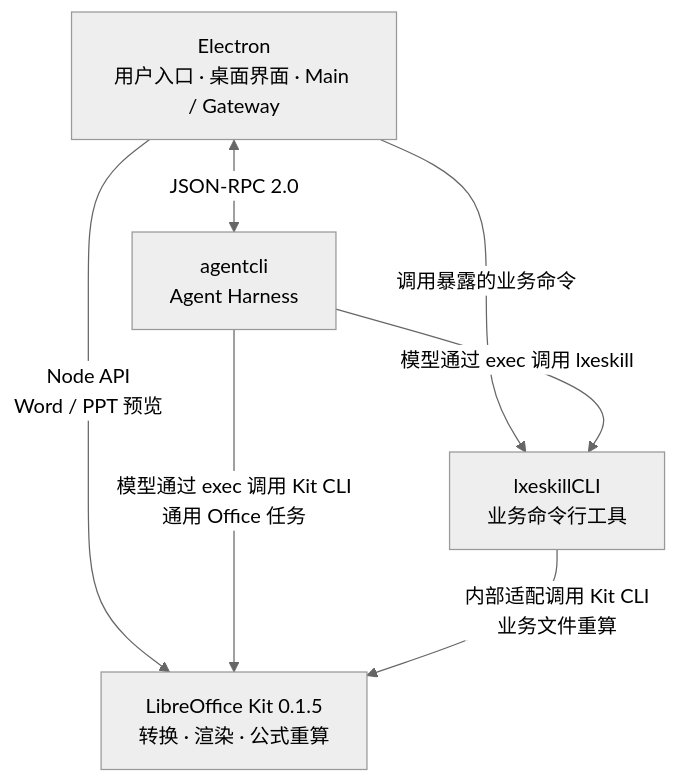
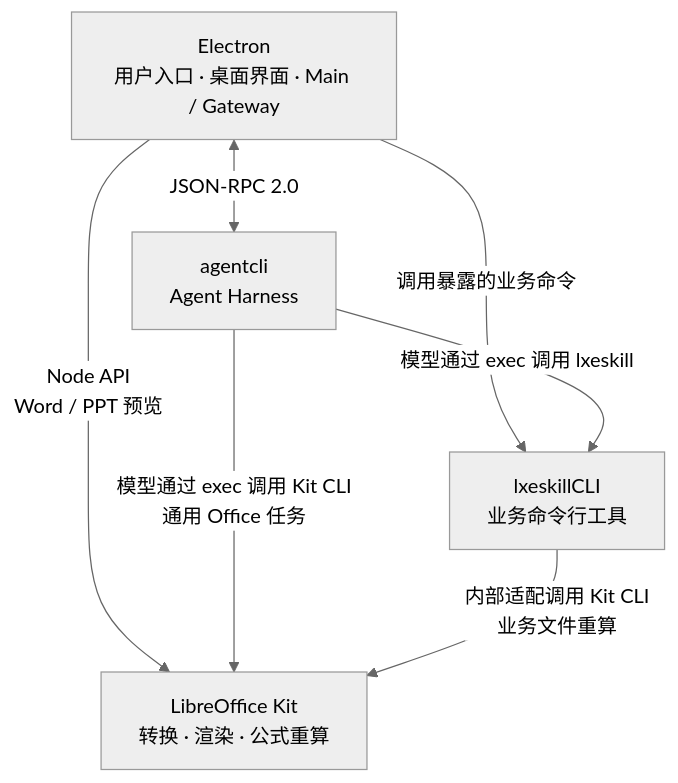
Before and after one commit to LXE123/LXE_AGENT: the diagram in docs/architecture/README.md, drawn with Mermaid (neutral theme). The commit also changed 1 other file, not shown here.

Commit message:
docs: clarify PR review flow and shared skill requirements

````diff
--- a/docs/architecture/README.md
+++ b/docs/architecture/README.md
@@ -15,15 +15,15 @@
 ```mermaid
 flowchart TB
     E["Electron<br/>用户入口 · 桌面界面 · Main / Gateway"]
     A["agentcli<br/>Agent Harness"]
     L["lxeskillCLI<br/>业务命令行工具"]
-    K["LibreOffice Kit 0.1.5<br/>转换 · 渲染 · 公式重算"]
+    K["LibreOffice Kit<br/>转换 · 渲染 · 公式重算"]
 
     E <-->|"JSON-RPC 2.0"| A
     E -->|"调用暴露的业务命令"| L
     A -->|"模型通过 exec 调用 lxeskill"| L
 
     E -->|"Node API<br/>Word / PPT 预览"| K
     A -->|"模型通过 exec 调用 Kit CLI<br/>通用 Office 任务"| K
     L -->|"内部适配调用 Kit CLI<br/>业务文件重算"| K
 ```
````
